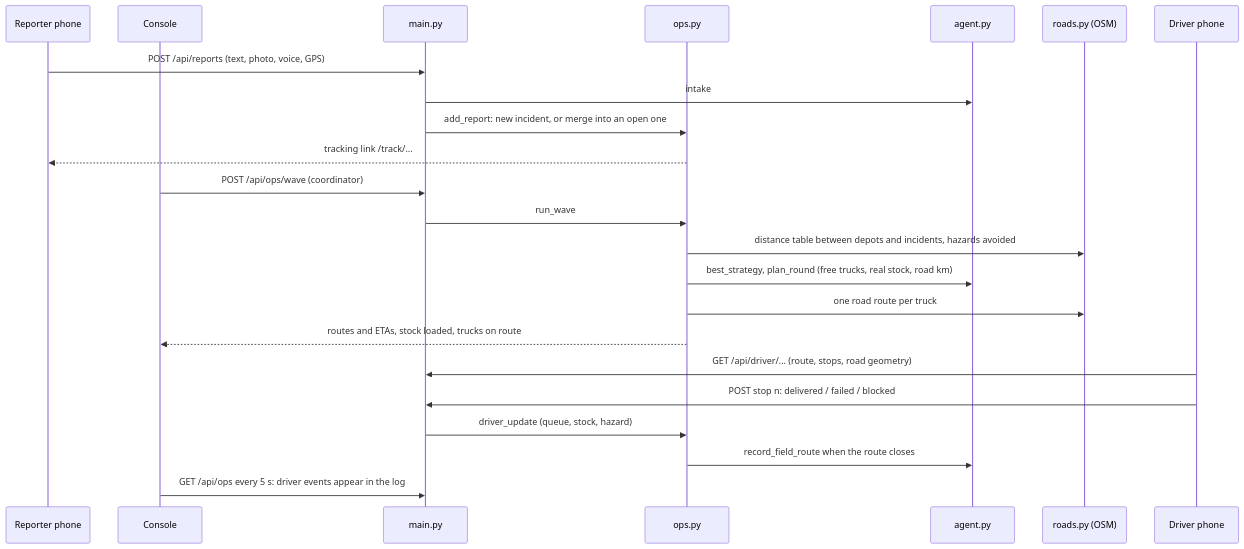
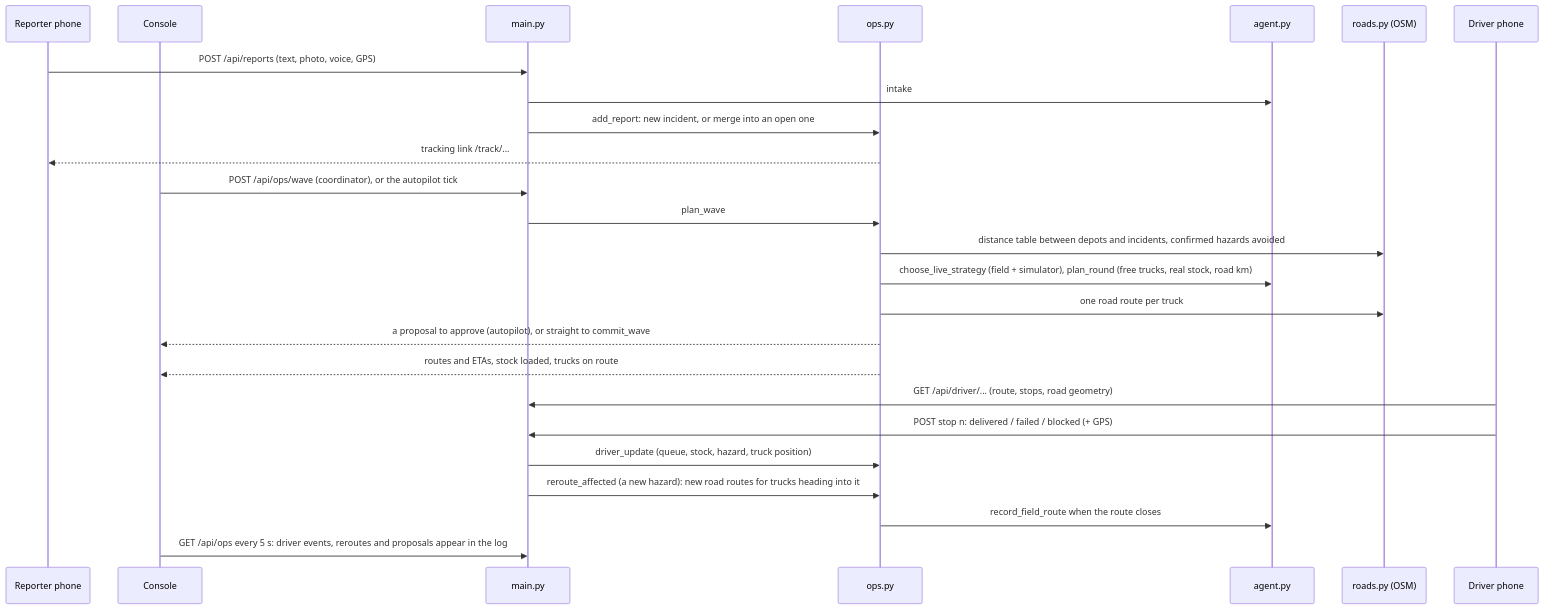
One commit to Pranav-0710/reliefroute changed the seventh of 7 diagrams in docs/architecture.md. Above: the diagram before and after it, drawn with Mermaid. The commit also changed other lines of this file and 11 other files, not shown here.

````diff
--- a/docs/architecture.md
+++ b/docs/architecture.md
@@ -407,25 +422,27 @@
 ```mermaid
 sequenceDiagram
     participant F as Reporter phone
     participant C as Console
     participant API as main.py
     participant O as ops.py
     participant AG as agent.py
     participant R as roads.py (OSM)
     participant D as Driver phone
     F->>API: POST /api/reports (text, photo, voice, GPS)
     API->>AG: intake
     API->>O: add_report: new incident, or merge into an open one
     O-->>F: tracking link /track/...
-    C->>API: POST /api/ops/wave (coordinator)
-    API->>O: run_wave
-    O->>R: distance table between depots and incidents, hazards avoided
-    O->>AG: best_strategy, plan_round (free trucks, real stock, road km)
+    C->>API: POST /api/ops/wave (coordinator), or the autopilot tick
+    API->>O: plan_wave
+    O->>R: distance table between depots and incidents, confirmed hazards avoided
+    O->>AG: choose_live_strategy (field + simulator), plan_round (free trucks, real stock, road km)
     O->>R: one road route per truck
+    O-->>C: a proposal to approve (autopilot), or straight to commit_wave
     O-->>C: routes and ETAs, stock loaded, trucks on route
     D->>API: GET /api/driver/... (route, stops, road geometry)
-    D->>API: POST stop n: delivered / failed / blocked
-    API->>O: driver_update (queue, stock, hazard)
+    D->>API: POST stop n: delivered / failed / blocked (+ GPS)
+    API->>O: driver_update (queue, stock, hazard, truck position)
+    API->>O: reroute_affected (a new hazard): new road routes for trucks heading into it
     O->>AG: record_field_route when the route closes
-    C->>API: GET /api/ops every 5 s: driver events appear in the log
+    C->>API: GET /api/ops every 5 s: driver events, reroutes and proposals appear in the log
 ```
````
